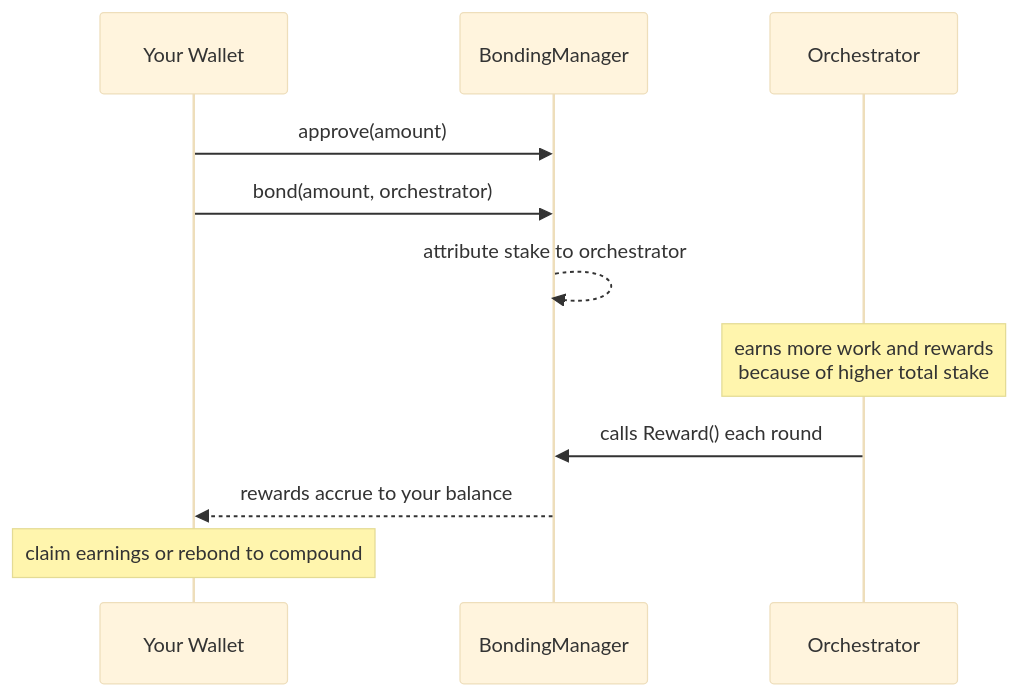
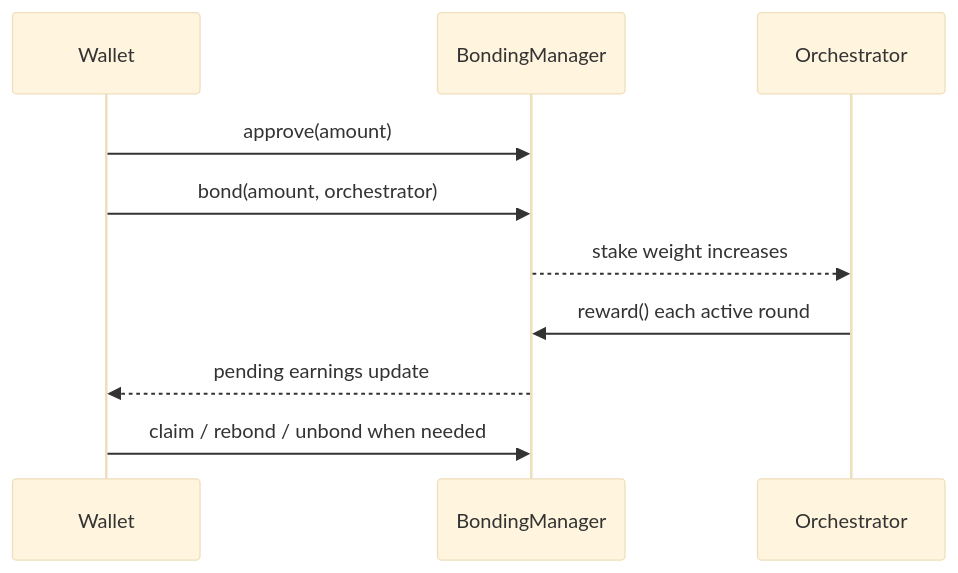
The diagram in v2/delegators/delegation/overview.mdx (its-DeFine/docs), drawn with Mermaid (base theme) before and after one commit. The commit also changed other lines of this file and 598 other files, not shown here.

````diff
--- a/v2/delegators/delegation/overview.mdx
+++ b/v2/delegators/delegation/overview.mdx
@@ -93,14 +74,13 @@
 ```mermaid
 sequenceDiagram
-    participant W as Your Wallet
+    participant W as Wallet
     participant BM as BondingManager
     participant O as Orchestrator
 
     W->>BM: approve(amount)
     W->>BM: bond(amount, orchestrator)
-    BM-->>BM: attribute stake to orchestrator
-    note over O: earns more work and rewards<br/>because of higher total stake
-    O->>BM: calls Reward() each round
-    BM-->>W: rewards accrue to your balance
-    note over W: claim earnings or rebond to compound
+    BM-->>O: stake weight increases
+    O->>BM: reward() each active round
+    BM-->>W: pending earnings update
+    W->>BM: claim / rebond / unbond when needed
 ```
````
